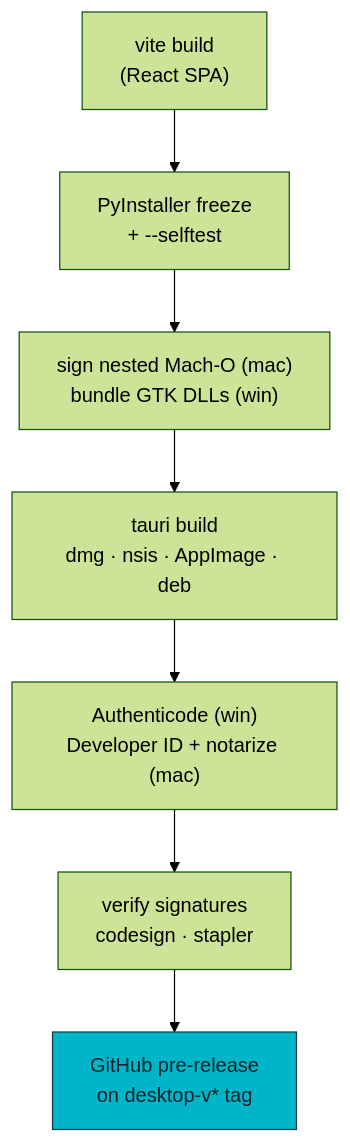
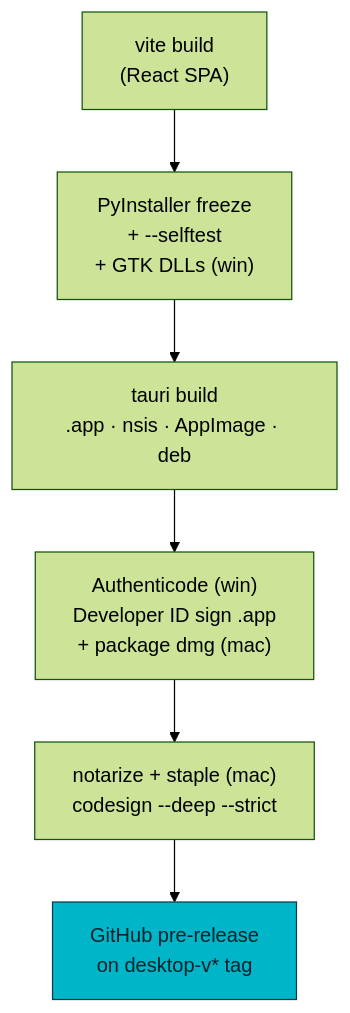
The fourth of 4 diagrams in desktop/README.md (JustLikeFrank3/jobContextMCP), drawn with Mermaid (forest theme) before and after one commit. The commit also changed other lines of this file and 1 other file, not shown here.

````diff
--- a/desktop/README.md
+++ b/desktop/README.md
@@ -205,12 +205,11 @@
 ```mermaid
 flowchart TB
-    spa["vite build<br/>(React SPA)"] --> freeze["PyInstaller freeze<br/>+ --selftest"]
-    freeze --> presign["sign nested Mach-O (mac)<br/>bundle GTK DLLs (win)"]
-    presign --> bundle["tauri build<br/>dmg · nsis · AppImage · deb"]
-    bundle --> sign["Authenticode (win)<br/>Developer ID + notarize (mac)"]
-    sign --> verify["verify signatures<br/>codesign · stapler"]
+    spa["vite build<br/>(React SPA)"] --> freeze["PyInstaller freeze<br/>+ --selftest<br/>+ GTK DLLs (win)"]
+    freeze --> bundle["tauri build<br/>.app · nsis · AppImage · deb"]
+    bundle --> sign["Authenticode (win)<br/>Developer ID sign .app<br/>+ package dmg (mac)"]
+    sign --> verify["notarize + staple (mac)<br/>codesign --deep --strict"]
     verify --> rel["GitHub pre-release<br/>on desktop-v* tag"]
 
     classDef accent fill:#00B5C8,stroke:#0a3d47,color:#06222a;
     class rel accent
 ```
````
